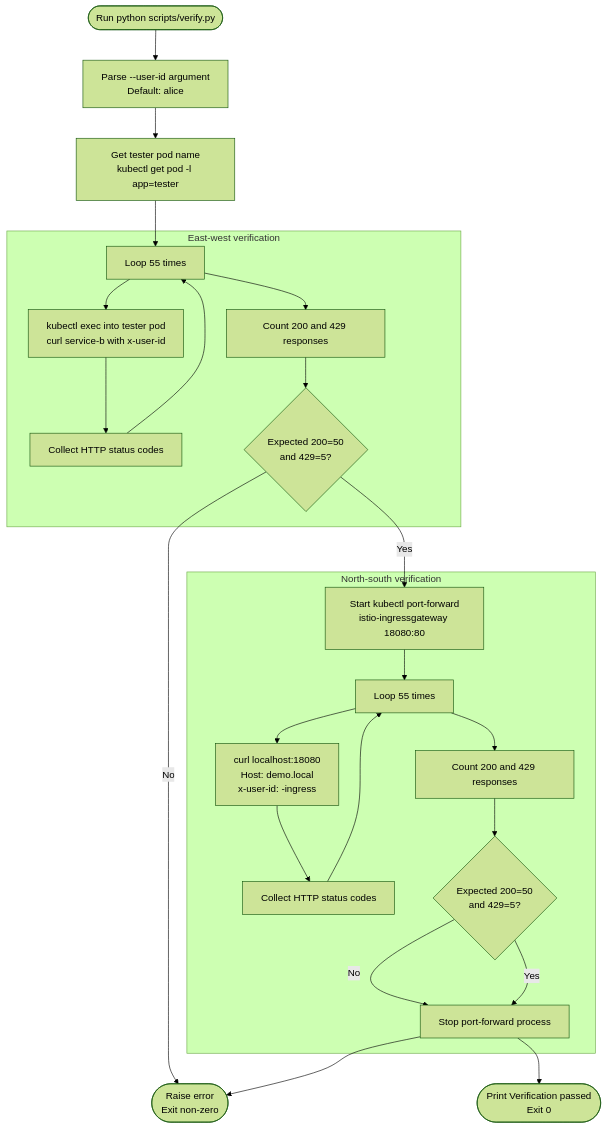
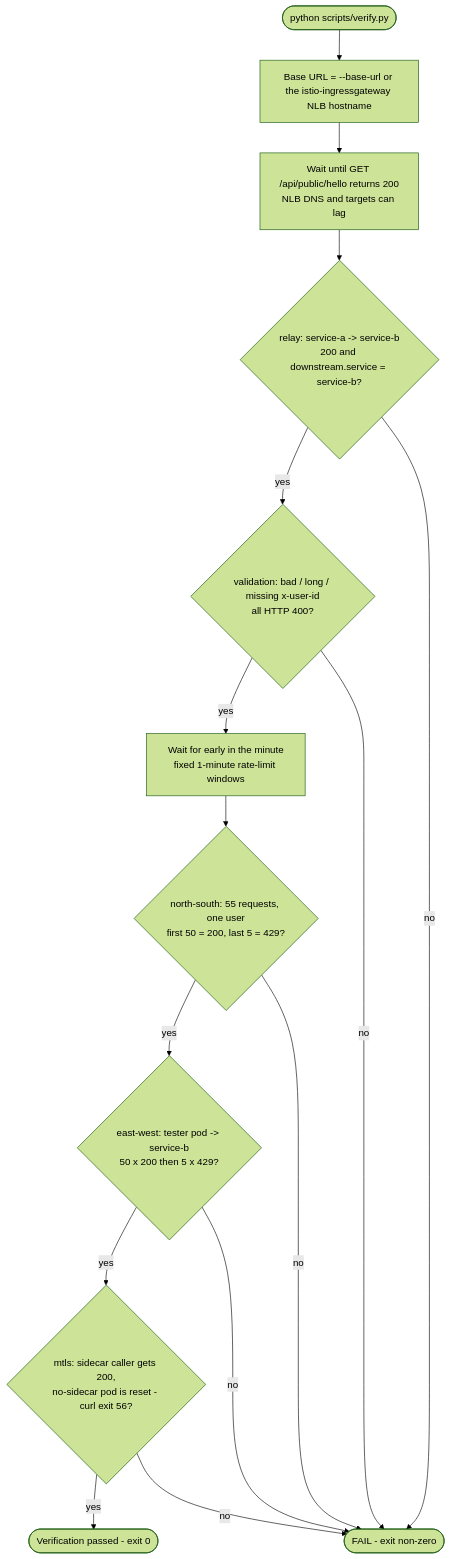
The diagram in diagrams/verify-script-flow.mmd (mabdullah679/istio-envoy), drawn with Mermaid (forest theme) before and after one commit. The commit also changed other lines of this file and 5 other files, not shown here.

```diff
--- a/diagrams/verify-script-flow.mmd
+++ b/diagrams/verify-script-flow.mmd
@@ -1,35 +1,24 @@
 flowchart TD
-    start([Run python scripts/verify.py])
-    parse[Parse --user-id argument\nDefault: alice]
-    getTester[Get tester pod name\nkubectl get pod -l app=tester]
+    start([python scripts/verify.py])
+    url[Base URL = --base-url or the istio-ingressgateway NLB hostname]
+    warm[Wait until GET /api/public/hello returns 200\nNLB DNS and targets can lag]
+    relay{relay: service-a -> service-b\n200 and downstream.service = service-b?}
+    valid{validation: bad / long / missing x-user-id\nall HTTP 400?}
+    window[Wait for early in the minute\nfixed 1-minute rate-limit windows]
+    ns{north-south: 55 requests, one user\nfirst 50 = 200, last 5 = 429?}
+    ew{east-west: tester pod -> service-b\n50 x 200 then 5 x 429?}
+    mtls{mtls: sidecar caller gets 200,\nno-sidecar pod is reset - curl exit 56?}
+    ok([Verification passed - exit 0])
+    fail([FAIL - exit non-zero])
 
-    subgraph eastWest["East-west verification"]
-        ewLoop[Loop 55 times]
-        ewCall[kubectl exec into tester pod\ncurl service-b with x-user-id]
-        ewCollect[Collect HTTP status codes]
-        ewCount[Count 200 and 429 responses]
-        ewAssert{Expected 200=50\nand 429=5?}
-    end
-
-    subgraph northSouth["North-south verification"]
-        pfStart[Start kubectl port-forward\nistio-ingressgateway 18080:80]
-        nsLoop[Loop 55 times]
-        nsCall[curl localhost:18080\nHost: demo.local\nx-user-id: <user>-ingress]
-        nsCollect[Collect HTTP status codes]
-        nsCount[Count 200 and 429 responses]
-        nsAssert{Expected 200=50\nand 429=5?}
-        pfStop[Stop port-forward process]
-    end
-
-    success([Print Verification passed\nExit 0])
-    fail([Raise error\nExit non-zero])
-
-    start --> parse --> getTester --> ewLoop
-    ewLoop --> ewCall --> ewCollect --> ewLoop
-    ewLoop --> ewCount --> ewAssert
-    ewAssert -->|No| fail
-    ewAssert -->|Yes| pfStart --> nsLoop
-    nsLoop --> nsCall --> nsCollect --> nsLoop
-    nsLoop --> nsCount --> nsAssert
-    nsAssert -->|No| pfStop --> fail
-    nsAssert -->|Yes| pfStop --> success
+    start --> url --> warm --> relay
+    relay -->|yes| valid
+    valid -->|yes| window --> ns
+    ns -->|yes| ew
+    ew -->|yes| mtls
+    mtls -->|yes| ok
+    relay -->|no| fail
+    valid -->|no| fail
+    ns -->|no| fail
+    ew -->|no| fail
+    mtls -->|no| fail
```
